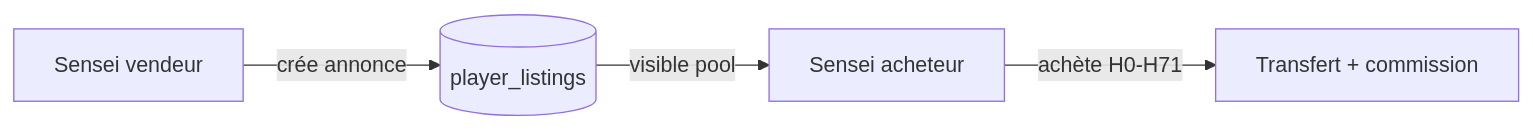
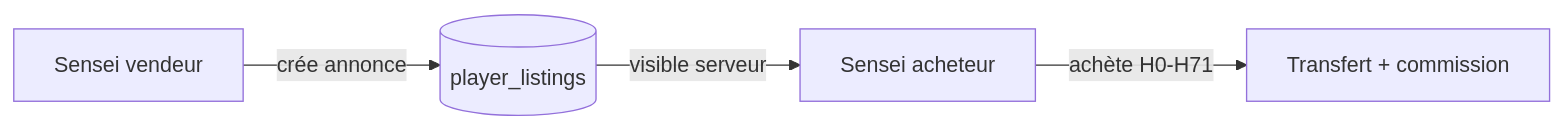
Before and after one commit to HozSensei/KageLegacy: the diagram in specs/player-market.md, drawn with Mermaid. The commit also changed other lines of this file and 9 other files, not shown here.

````diff
--- a/specs/player-market.md
+++ b/specs/player-market.md
@@ -35,6 +35,6 @@
 ```mermaid
 flowchart LR
   A[Sensei vendeur] -->|crée annonce| L[(player_listings)]
-  L -->|visible pool| B[Sensei acheteur]
+  L -->|visible serveur| B[Sensei acheteur]
   B -->|achète H0-H71| T[Transfert + commission]
 ```
````
